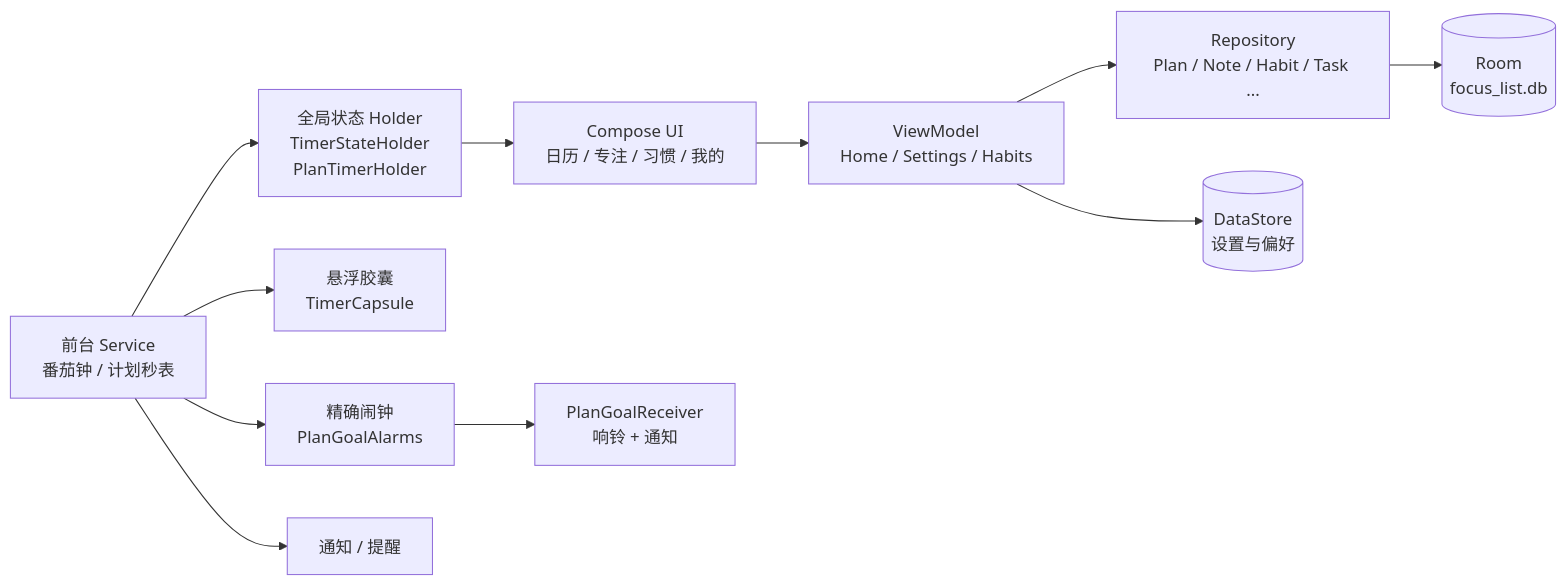
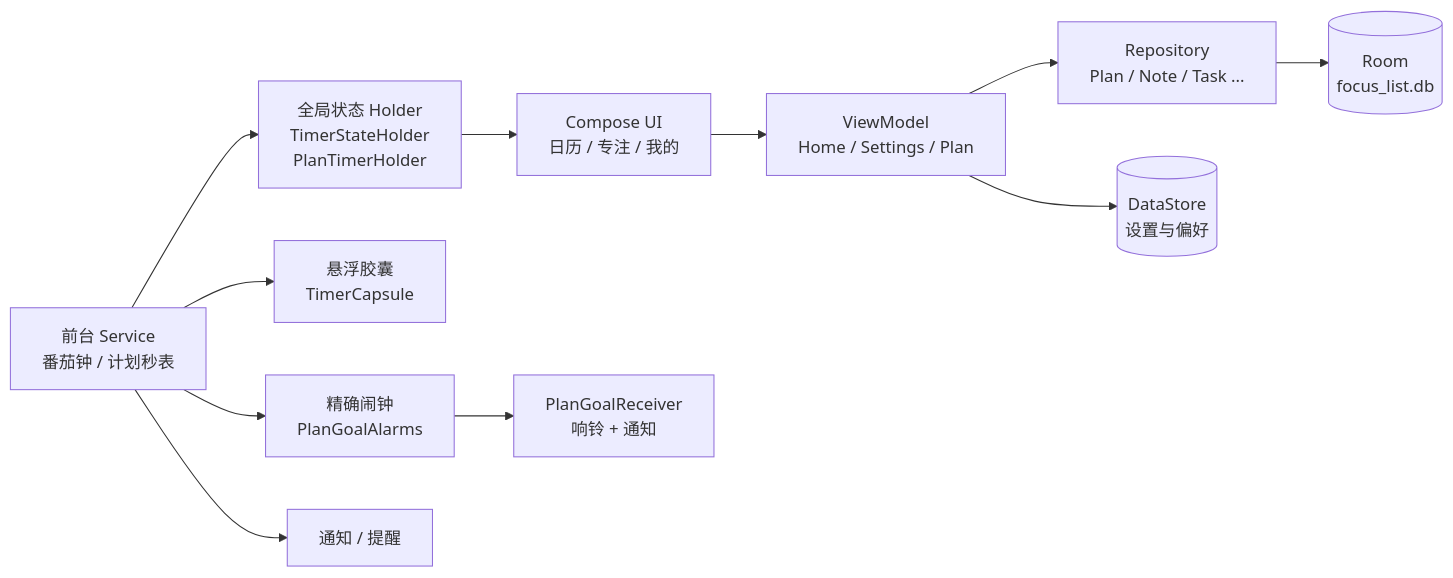
One commit to 211025787/today-plan changed the diagram in README.md. Above: the diagram before and after it, drawn with Mermaid. The commit also changed other lines of this file and 66 other files, not shown here.

````diff
--- a/README.md
+++ b/README.md
@@ -393,13 +389,13 @@
 ```mermaid
 flowchart LR
-    UI["Compose UI<br/>日历 / 专注 / 习惯 / 我的"] --> VM["ViewModel<br/>Home / Settings / Habits"]
-    VM --> REPO["Repository<br/>Plan / Note / Habit / Task ..."]
+    UI["Compose UI<br/>日历 / 专注 / 我的"] --> VM["ViewModel<br/>Home / Settings / Plan"]
+    VM --> REPO["Repository<br/>Plan / Note / Task ..."]
     REPO --> DB[("Room<br/>focus_list.db")]
     VM --> PREF[("DataStore<br/>设置与偏好")]
     SVC["前台 Service<br/>番茄钟 / 计划秒表"] --> HOLDER["全局状态 Holder<br/>TimerStateHolder<br/>PlanTimerHolder"]
     HOLDER --> UI
     SVC --> CAPSULE["悬浮胶囊<br/>TimerCapsule"]
     SVC --> ALARM["精确闹钟<br/>PlanGoalAlarms"]
     ALARM --> RECEIVER["PlanGoalReceiver<br/>响铃 + 通知"]
     SVC --> NOTIFY["通知 / 提醒"]
 ```
````
